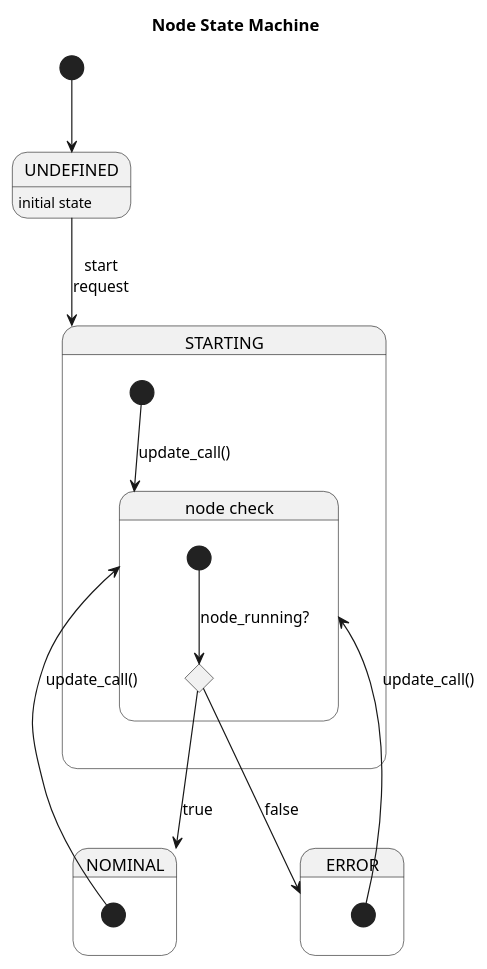
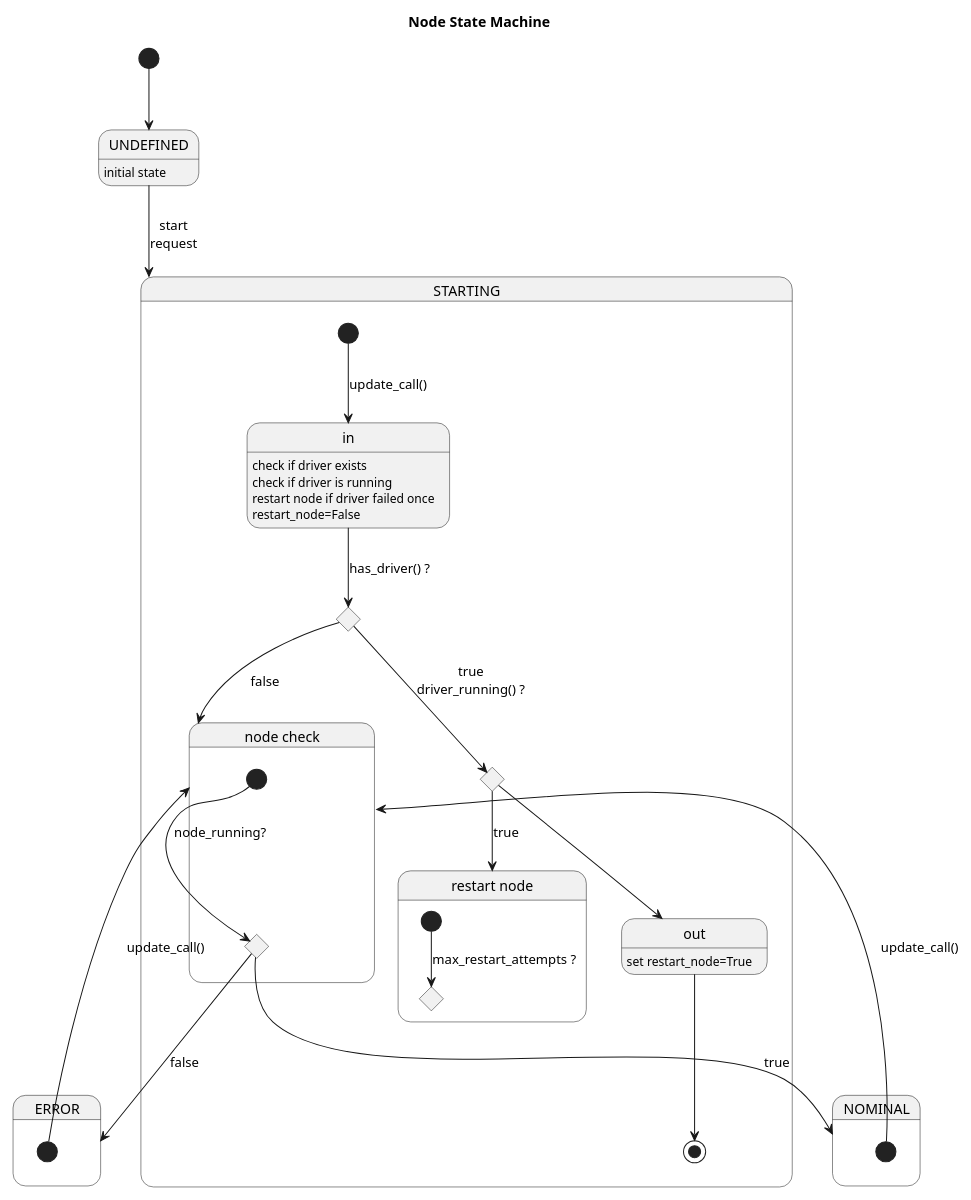
Before and after one commit to aau-cns/ros_watchdog: the third of 4 diagrams in ros_watchdog/doc/umls/StateMachineWatchdog.md, drawn with PlantUML. The commit also changed 2 other files, not shown here.

Commit message:
[DOC] Minor documentation updates.

````diff
--- a/ros_watchdog/doc/umls/StateMachineWatchdog.md
+++ b/ros_watchdog/doc/umls/StateMachineWatchdog.md
@@ -116,35 +116,62 @@
 ```plantuml
 @startuml
 
 skinparam monochrome true
 scale max 1000*1000
 
 title Node State Machine
 
 state "UNDEFINED" as undef
 state "STARTING" as start
 
 state "STARTING" as start{
-  [*] --> node : update_call()
+  state "in" as in21
+  in21: check if driver exists
+  in21: check if driver is running
+  in21: restart node if driver failed once
+  in21: restart_node=False
+
+  state "out" as out22
+  out22 : set restart_node=True
+
+  state check21 <<choice>>
+  state check22 <<choice>>
+
+  [*] --> in21 : update_call()
+
+  in21 --> check21: has_driver() ?
+  check21 --> node: false
+  check21 --> check22: true\ndriver_running() ?
+
+  check22 --> restart: true
+  check22 --> out22
+  out22 --> [*]
 }
 state "NOMINAL" as nominal {
   [*] --> node: update_call()
 }
 state "ERROR" as error {
   [*] --> node: update_call()
 }
 
 state "node check" as node {
   state check51 <<choice>>
   [*] --> check51: node_running?
 }
 
+state "restart node" as restart {
+  state check63 <<choice>>
+
+  [*] --> check63: max_restart_attempts ?
+  check63: 
+}
+
 check51 --> nominal: true
 check51 --> error: false
 
 [*] --> undef
 undef : initial state
 undef --> start : start\nrequest
 
 @enduml
 ```
````
